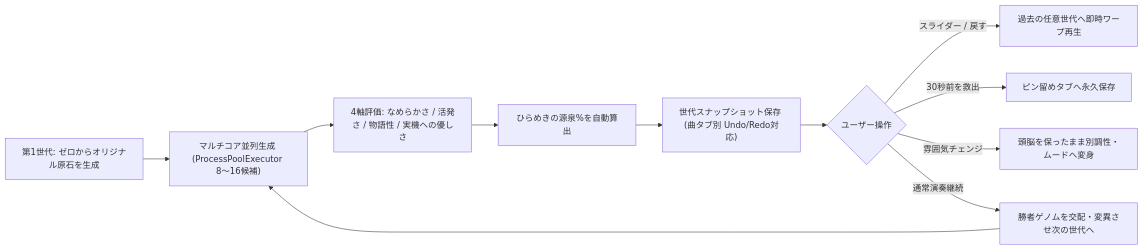
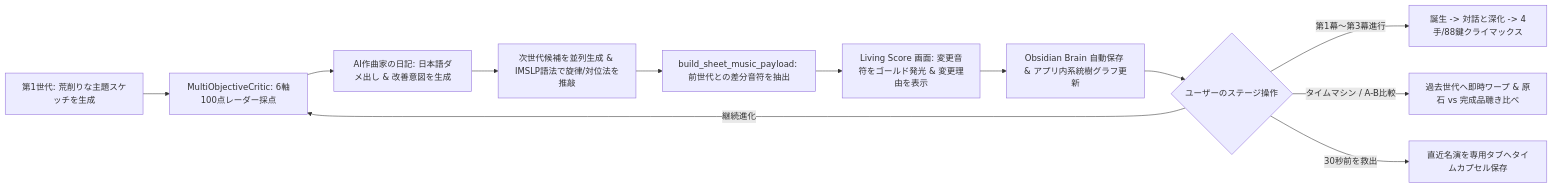
One commit to AI-Avalon/Disklavier-Auto changed the second of 5 diagrams in README.md. Above: the diagram before and after it, drawn with Mermaid. The commit also changed other lines of this file and 24 other files, not shown here.

````diff
--- a/README.md
+++ b/README.md
@@ -50,13 +62,14 @@
 ```mermaid
 flowchart LR
-    Start["第1世代: ゼロからオリジナル原石を生成"] --> Spawn["マルチコア並列生成 (ProcessPoolExecutor 8〜16候補)"]
-    Spawn --> Score["4軸評価: なめらかさ / 活発さ / 物語性 / 実機への優しさ"]
-    Score --> Emerge["ひらめきの源泉%を自動算出"]
-    Emerge --> SaveSnap["世代スナップショット保存 (曲タブ別 Undo/Redo対応)"]
-    SaveSnap --> Action{"ユーザー操作"}
-    Action -- "スライダー / 戻す" --> Scrub["過去の任意世代へ即時ワープ再生"]
-    Action -- "30秒前を救出" --> Pin["ピン留めタブへ永久保存"]
-    Action -- "雰囲気チェンジ" --> Keep["頭脳を保ったまま別調性・ムードへ変身"]
-    Action -- "通常演奏継続" --> NextGen["勝者ゲノムを交配・変異させ次の世代へ"]
-    NextGen --> Spawn
+    Gen1["第1世代: 荒削りな主題スケッチを生成"] --> Eval["MultiObjectiveCritic: 6軸100点レーダー採点"]
+    Eval --> Log["AI作曲家の日記: 日本語ダメ出し & 改善意図を生成"]
+    Log --> Mutate["次世代候補を並列生成 & IMSLP語法で旋律/対位法を推敲"]
+    Mutate --> Diff["build_sheet_music_payload: 前世代との差分音符を抽出"]
+    Diff --> Highlight["Living Score 画面: 変更音符をゴールド発光 & 変更理由を表示"]
+    Highlight --> Vault["Obsidian Brain 自動保存 & アプリ内系統樹グラフ更新"]
+    Vault --> Act{ユーザーのステージ操作}
+    Act -- "第1幕〜第3幕進行" --> Stage["誕生 -> 対話と深化 -> 4手/88鍵クライマックス"]
+    Act -- "タイムマシン / A-B比較" --> Scrub["過去世代へ即時ワープ & 原石 vs 完成品聴き比べ"]
+    Act -- "30秒前を救出" --> Rescue["直近名演を専用タブへタイムカプセル保存"]
+    Act -- "継続進化" --> Eval
 ```
````
